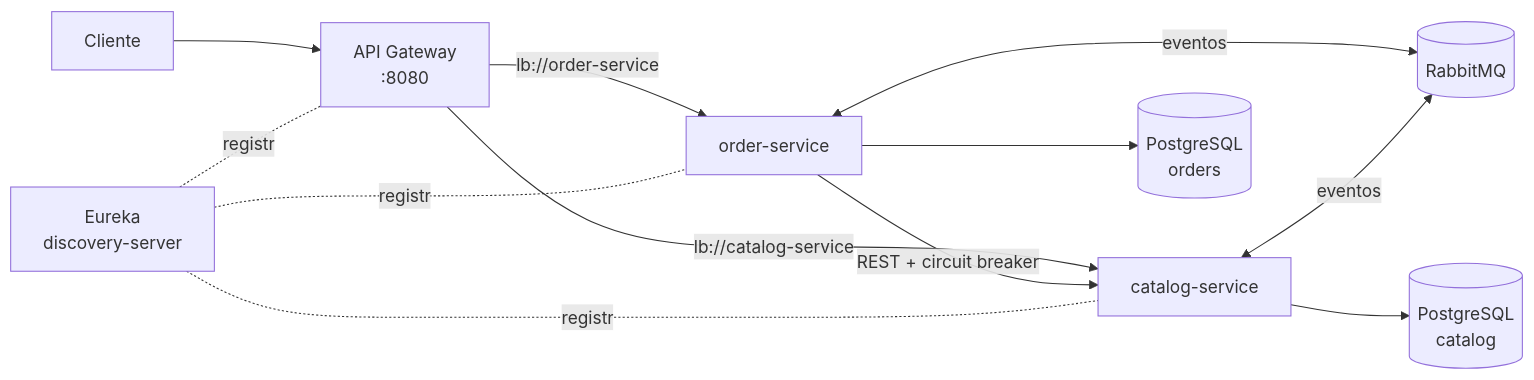
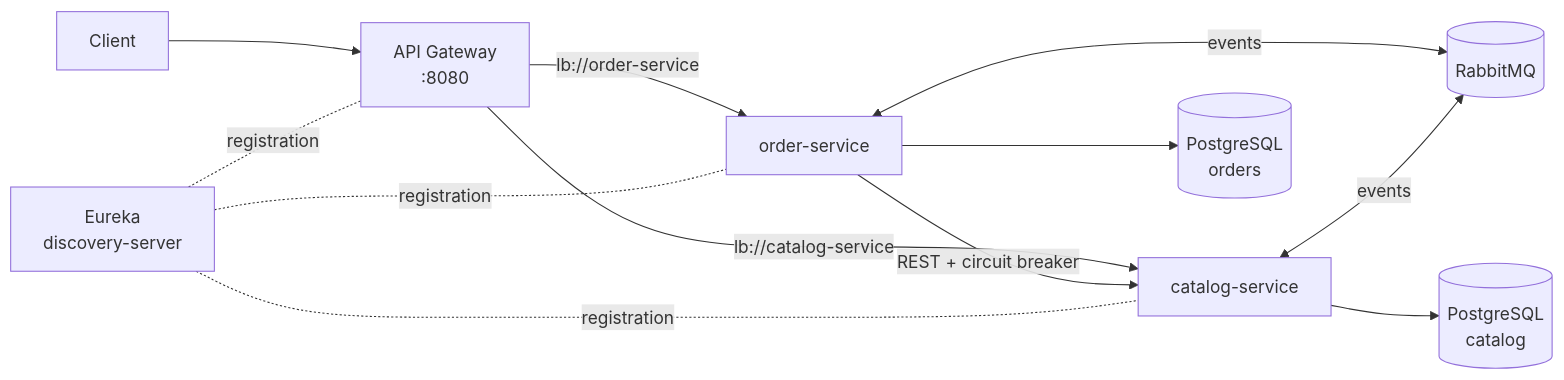
The first of 2 diagrams in README.md (AndreSouzaTI/ecommerce-microservices), drawn with Mermaid before and after one commit. The commit also changed other lines of this file, not shown here.

````diff
--- a/README.md
+++ b/README.md
@@ -16,14 +16,14 @@
 ```mermaid
 flowchart LR
-    Client[Cliente] --> GW[API Gateway<br/>:8080]
+    Client[Client] --> GW[API Gateway<br/>:8080]
     GW -->|lb://catalog-service| CAT[catalog-service]
     GW -->|lb://order-service| ORD[order-service]
     ORD -->|REST + circuit breaker| CAT
-    ORD <-->|eventos| MQ[(RabbitMQ)]
-    CAT <-->|eventos| MQ
+    ORD <-->|events| MQ[(RabbitMQ)]
+    CAT <-->|events| MQ
     CAT --> DB1[(PostgreSQL<br/>catalog)]
     ORD --> DB2[(PostgreSQL<br/>orders)]
-    EUR[Eureka<br/>discovery-server] -.registro.- GW
-    EUR -.registro.- CAT
-    EUR -.registro.- ORD
+    EUR[Eureka<br/>discovery-server] -.registration.- GW
+    EUR -.registration.- CAT
+    EUR -.registration.- ORD
 ```
````
